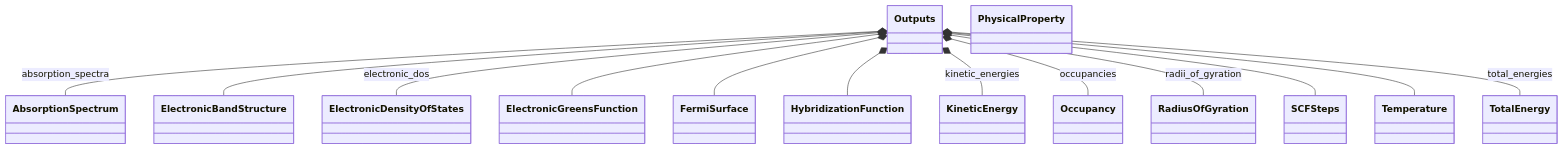
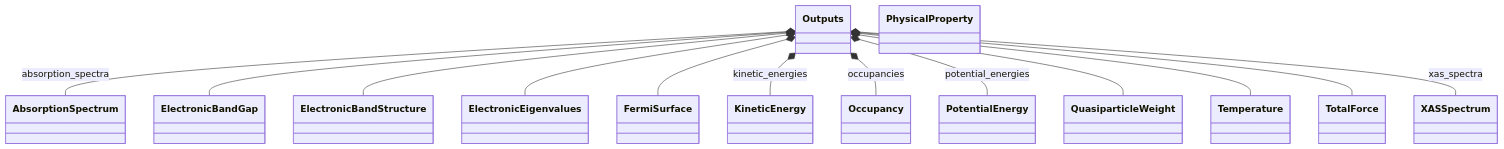
One commit to FAIRmat-NFDI/nomad-simulations changed the first of 2 diagrams in docs/schema/outputs.diagram.md. Above: the diagram before and after it, drawn with Mermaid. The commit also changed other lines of this file and 36 other files, not shown here.

````diff
--- a/docs/schema/outputs.diagram.md
+++ b/docs/schema/outputs.diagram.md
@@ -14,29 +14,43 @@
 ```mermaid
 classDiagram
-    class AbsorptionSpectrum
-    class ElectronicBandStructure
-    class ElectronicDensityOfStates
-    class ElectronicGreensFunction
-    class FermiSurface
-    class HybridizationFunction
-    class KineticEnergy
-    class Occupancy
-    class Outputs
-    class PhysicalProperty
-    class RadiusOfGyration
-    class SCFSteps
-    class Temperature
-    class TotalEnergy
+    class AbsorptionSpectrum {
+    }
+    class ElectronicBandGap {
+    }
+    class ElectronicBandStructure {
+    }
+    class ElectronicEigenvalues {
+    }
+    class FermiSurface {
+    }
+    class KineticEnergy {
+    }
+    class Occupancy {
+    }
+    class Outputs {
+    }
+    class PhysicalProperty {
+    }
+    class PotentialEnergy {
+    }
+    class QuasiparticleWeight {
+    }
+    class Temperature {
+    }
+    class TotalForce {
+    }
+    class XASSpectrum {
+    }
     Outputs *-- AbsorptionSpectrum : absorption_spectra
+    Outputs *-- ElectronicBandGap
     Outputs *-- ElectronicBandStructure
-    Outputs *-- ElectronicDensityOfStates : electronic_dos
-    Outputs *-- ElectronicGreensFunction
+    Outputs *-- ElectronicEigenvalues
     Outputs *-- FermiSurface
-    Outputs *-- HybridizationFunction
     Outputs *-- KineticEnergy : kinetic_energies
     Outputs *-- Occupancy : occupancies
-    Outputs *-- RadiusOfGyration : radii_of_gyration
-    Outputs *-- SCFSteps
+    Outputs *-- PotentialEnergy : potential_energies
+    Outputs *-- QuasiparticleWeight
     Outputs *-- Temperature
-    Outputs *-- TotalEnergy : total_energies
+    Outputs *-- TotalForce
+    Outputs *-- XASSpectrum : xas_spectra
 ```
````
